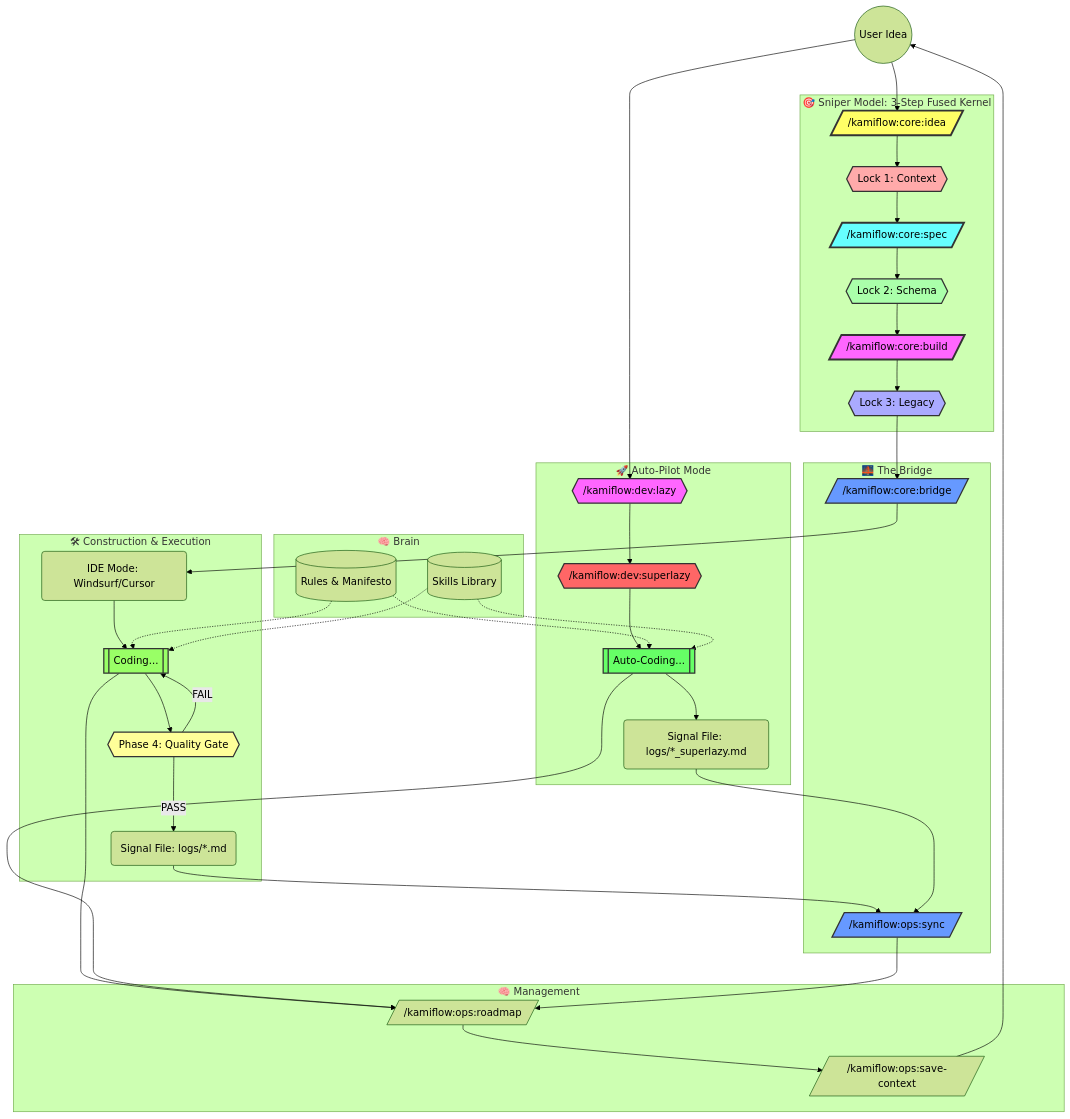
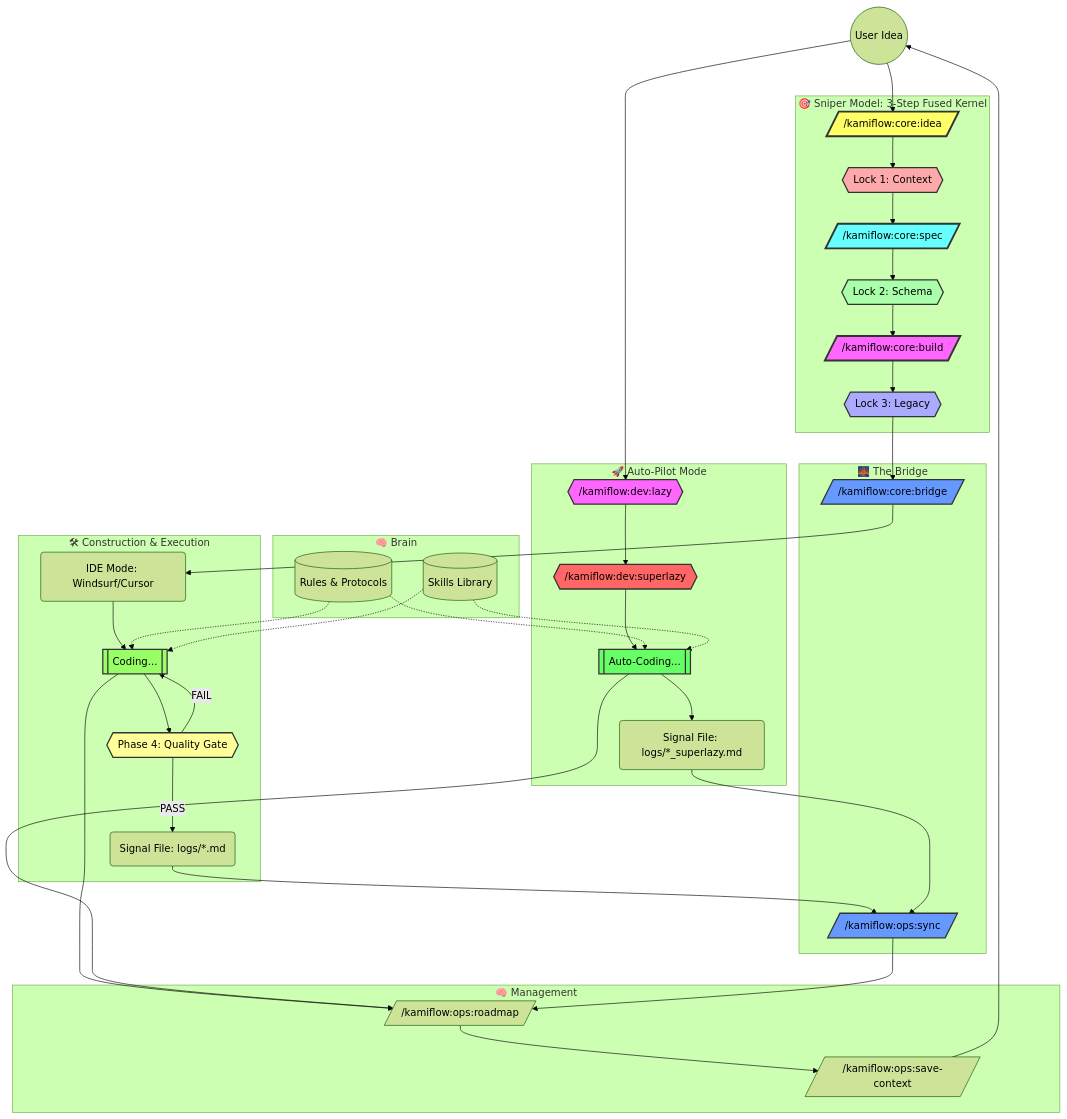
One commit to kamishino/gemini-cli-workflow changed the diagram in docs/overview.md. Above: the diagram before and after it, drawn with Mermaid (forest theme). The commit also changed 18 other files, not shown here.

```diff
--- a/docs/overview.md
+++ b/docs/overview.md
@@ -40,7 +40,7 @@
     end
 
     subgraph Knowledge_Base [🧠 Brain]
-        Rules[(Rules & Manifesto)]
+        Rules[(Rules & Protocols)]
         Skills[(Skills Library)]
     end
 
```
